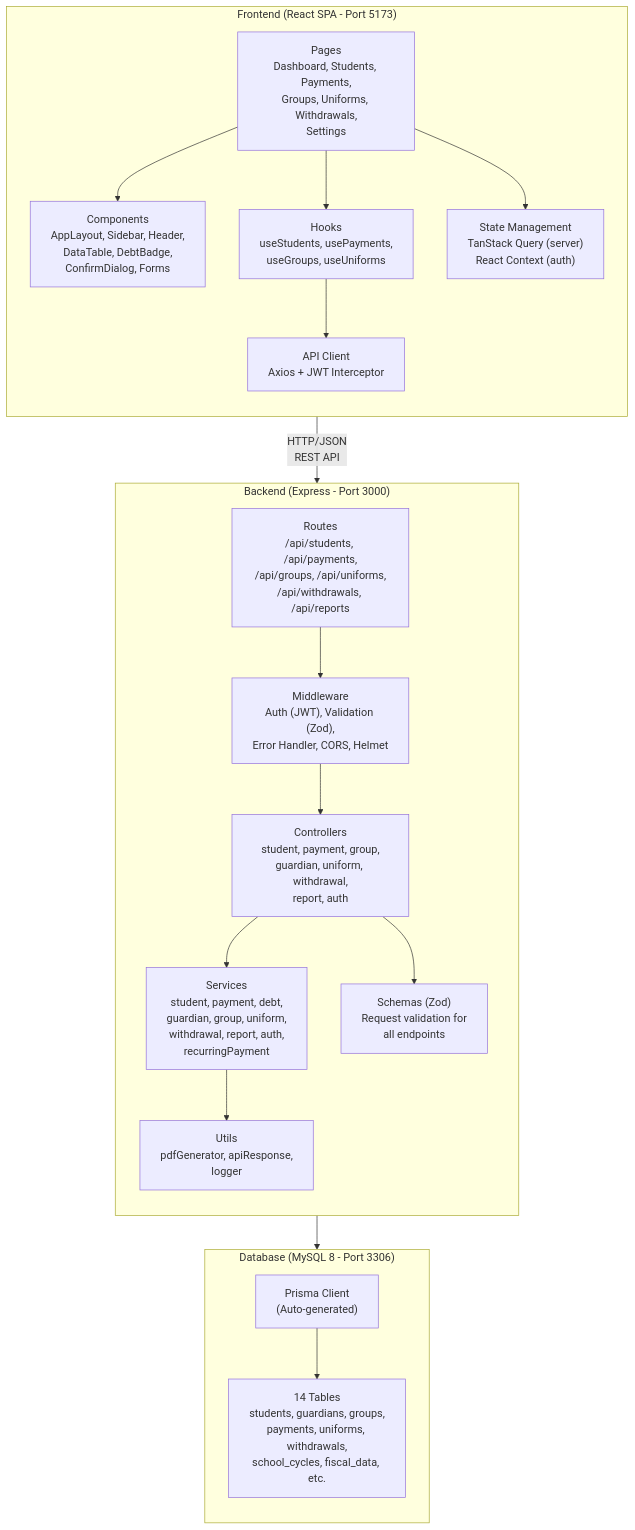
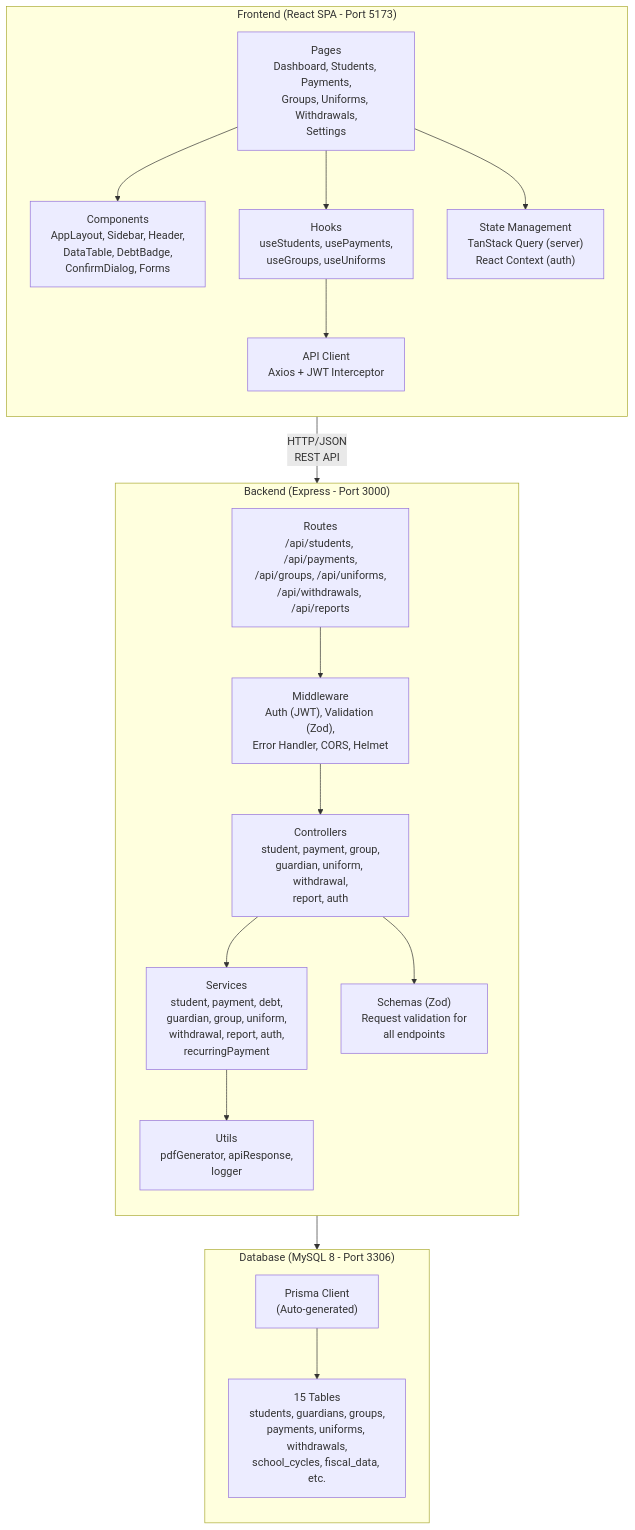
The first of 7 diagrams in docs/Architecture.md (OmarERz/Sistema_Gestion_Escolar), drawn with Mermaid before and after one commit. The commit also changed other lines of this file and 1 other file, not shown here.

````diff
--- a/docs/Architecture.md
+++ b/docs/Architecture.md
@@ -82,43 +89,43 @@
 ```mermaid
 graph TB
     subgraph Frontend["Frontend (React SPA - Port 5173)"]
         direction TB
         Pages["Pages<br/>Dashboard, Students, Payments,<br/>Groups, Uniforms, Withdrawals,<br/>Settings"]
         Components["Components<br/>AppLayout, Sidebar, Header,<br/>DataTable, DebtBadge,<br/>ConfirmDialog, Forms"]
         Hooks["Hooks<br/>useStudents, usePayments,<br/>useGroups, useUniforms"]
         ApiClient["API Client<br/>Axios + JWT Interceptor"]
         State["State Management<br/>TanStack Query (server)<br/>React Context (auth)"]
 
         Pages --> Components
         Pages --> Hooks
         Hooks --> ApiClient
         Pages --> State
     end
 
     subgraph Backend["Backend (Express - Port 3000)"]
         direction TB
         Routes["Routes<br/>/api/students, /api/payments,<br/>/api/groups, /api/uniforms,<br/>/api/withdrawals, /api/reports"]
         Middleware["Middleware<br/>Auth (JWT), Validation (Zod),<br/>Error Handler, CORS, Helmet"]
         Controllers["Controllers<br/>student, payment, group,<br/>guardian, uniform, withdrawal,<br/>report, auth"]
         Services["Services<br/>student, payment, debt,<br/>guardian, group, uniform,<br/>withdrawal, report, auth,<br/>recurringPayment"]
         Schemas["Schemas (Zod)<br/>Request validation for<br/>all endpoints"]
         Utils["Utils<br/>pdfGenerator, apiResponse,<br/>logger"]
 
         Routes --> Middleware
         Middleware --> Controllers
         Controllers --> Services
         Controllers --> Schemas
         Services --> Utils
     end
 
     subgraph Database["Database (MySQL 8 - Port 3306)"]
         direction TB
         Prisma["Prisma Client<br/>(Auto-generated)"]
-        Tables["14 Tables<br/>students, guardians, groups,<br/>payments, uniforms, withdrawals,<br/>school_cycles, fiscal_data, etc."]
+        Tables["15 Tables<br/>students, guardians, groups,<br/>payments, uniforms, withdrawals,<br/>school_cycles, fiscal_data, etc."]
 
         Prisma --> Tables
     end
 
     ApiClient -->|"HTTP/JSON<br/>REST API"| Routes
     Services --> Prisma
 ```
````
